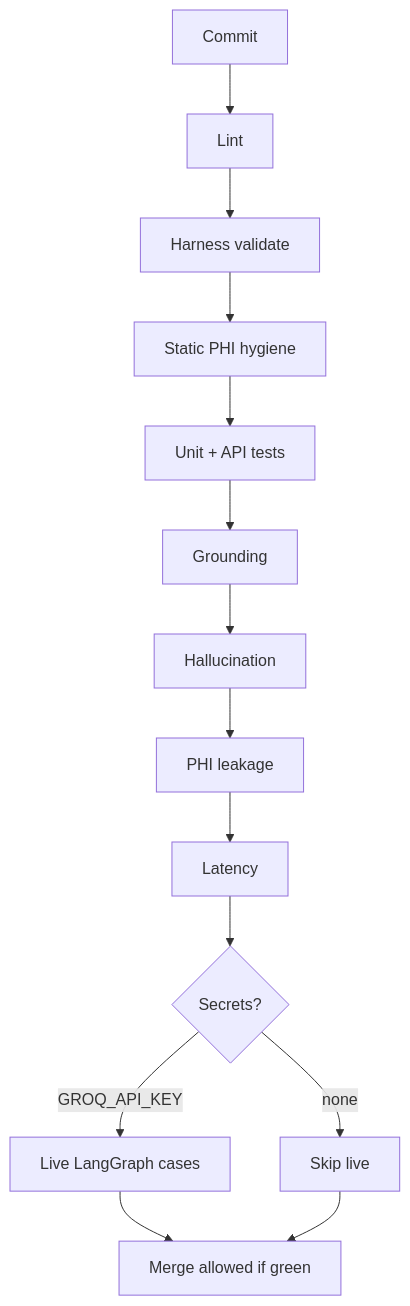
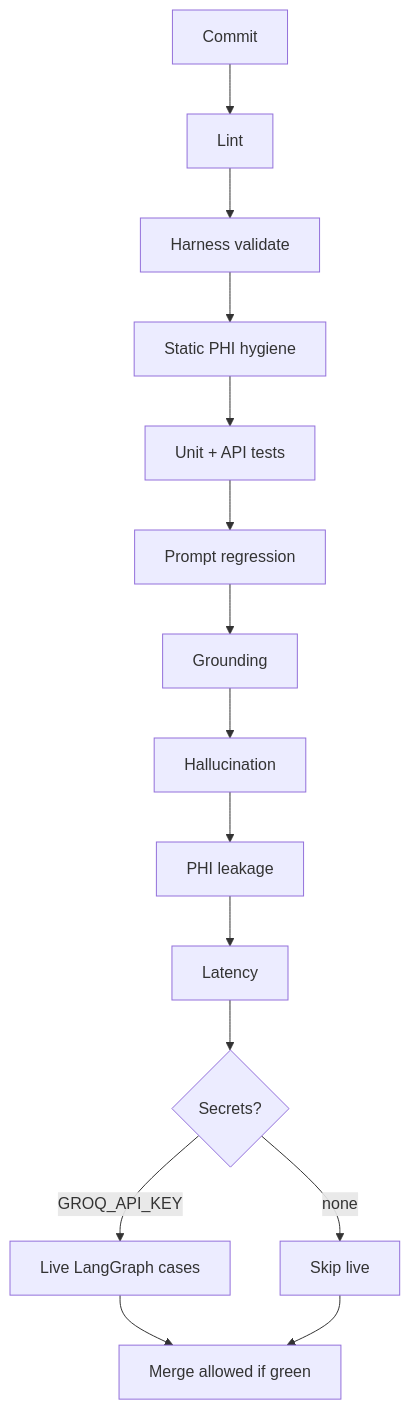
Before and after one commit to leroyjware/agentic-governance: the diagram in docs/AI-SDLC.md, drawn with Mermaid. The commit also changed other lines of this file and 7 other files, not shown here.

First line of the commit message:
Add prompt regression gate with golden baselines.

````diff
--- a/docs/AI-SDLC.md
+++ b/docs/AI-SDLC.md
@@ -11,16 +11,17 @@
 ```mermaid
 flowchart TD
   A[Commit] --> B[Lint]
   B --> C[Harness validate]
   C --> D[Static PHI hygiene]
   D --> E[Unit + API tests]
-  E --> F[Grounding]
-  F --> G[Hallucination]
-  G --> H[PHI leakage]
-  H --> I[Latency]
-  I --> J{Secrets?}
-  J -->|GROQ_API_KEY| K[Live LangGraph cases]
-  J -->|none| L[Skip live]
-  K --> M[Merge allowed if green]
-  L --> M
+  E --> F[Prompt regression]
+  F --> G[Grounding]
+  G --> H[Hallucination]
+  H --> I[PHI leakage]
+  I --> J[Latency]
+  J --> K{Secrets?}
+  K -->|GROQ_API_KEY| L[Live LangGraph cases]
+  K -->|none| M[Skip live]
+  L --> N[Merge allowed if green]
+  M --> N
 ```
````
